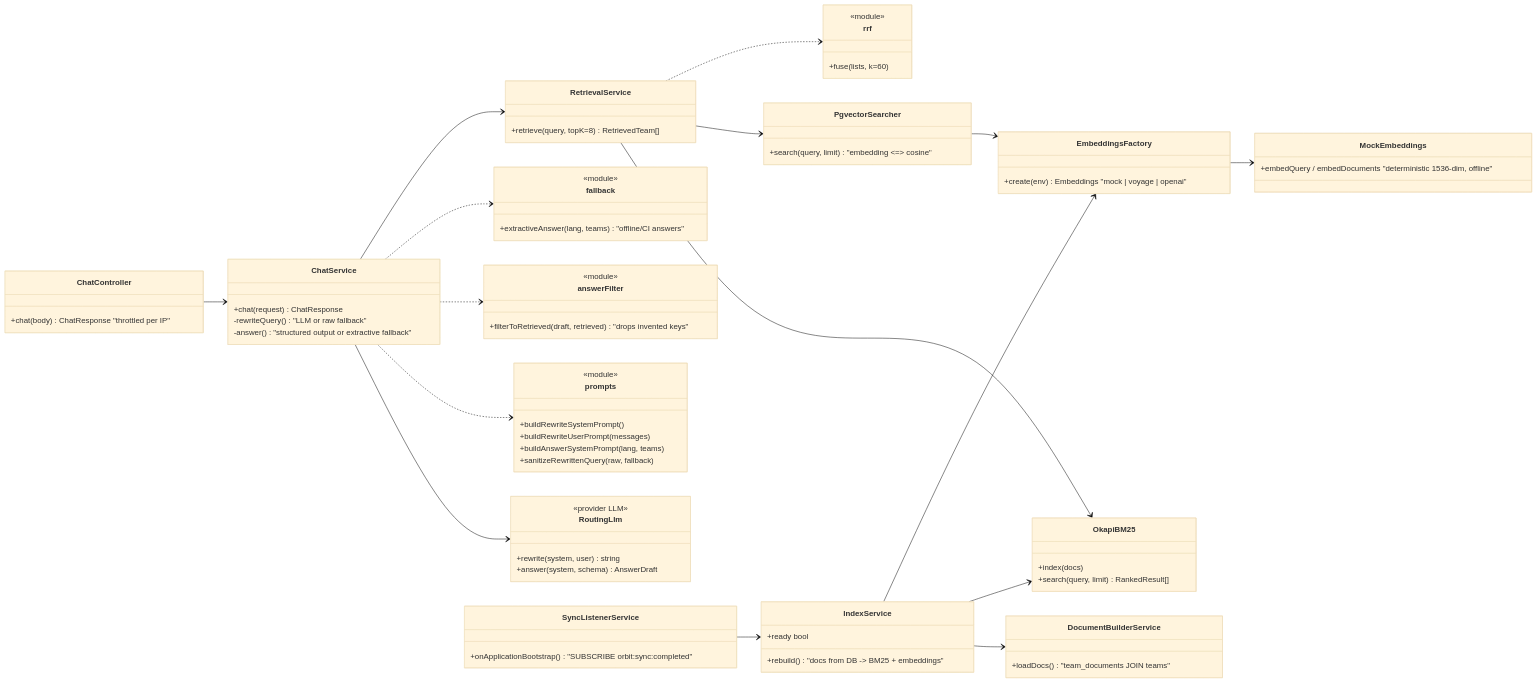
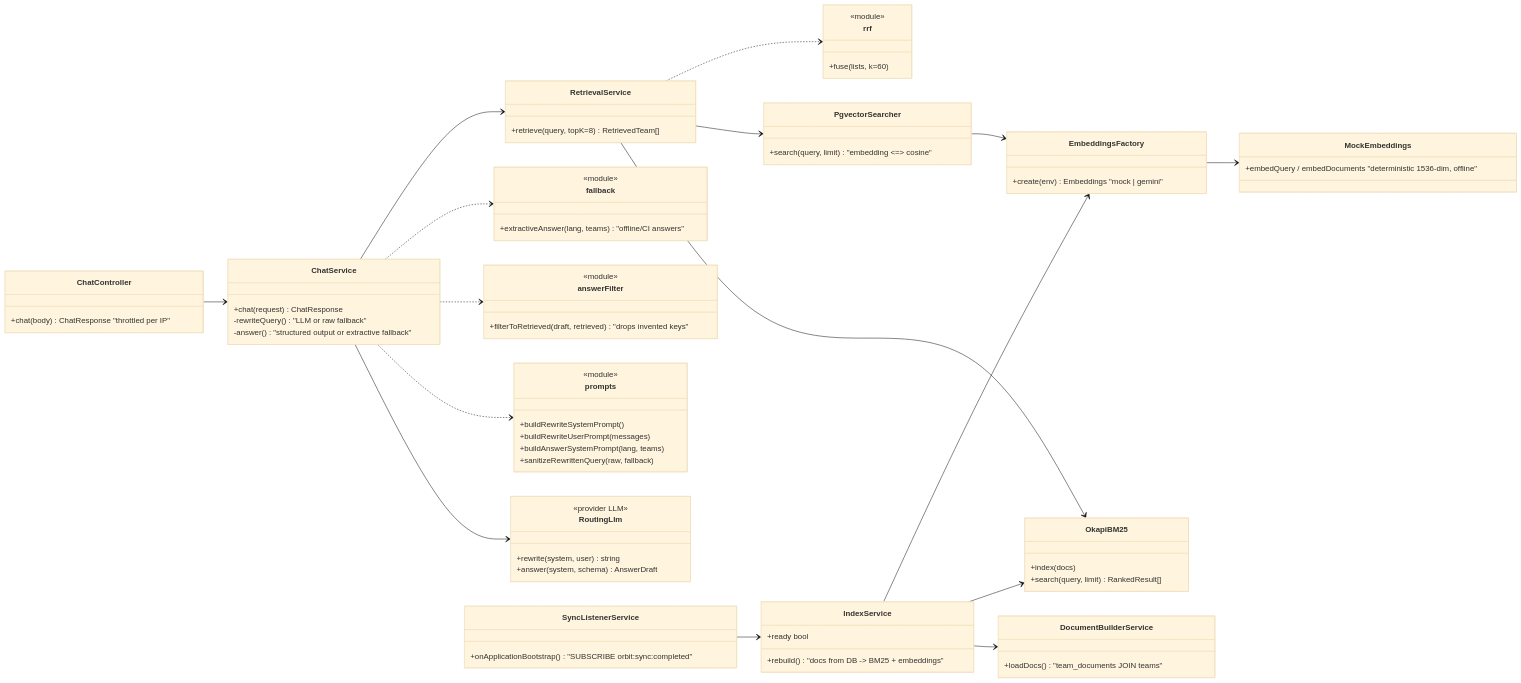
One commit to mamadfar/team-hierarchy__fullstack-microservice changed the diagram in .doc/architecture/assistant-classes.md. Above: the diagram before and after it, drawn with Mermaid (base theme). The commit also changed 71 other files, not shown here.

````diff
--- a/.doc/architecture/assistant-classes.md
+++ b/.doc/architecture/assistant-classes.md
@@ -3,80 +3,80 @@
 ```mermaid
 classDiagram
     direction LR
 
     class ChatController {
         +chat(body) ChatResponse "throttled per IP"
     }
     class ChatService {
         +chat(request) ChatResponse
         -rewriteQuery() "LLM or raw fallback"
         -answer() "structured output or extractive fallback"
     }
     class RoutingLlm {
         <<provider LLM>>
         +rewrite(system, user) string
         +answer(system, schema) AnswerDraft
     }
     class prompts {
         <<module>>
         +buildRewriteSystemPrompt()
         +buildRewriteUserPrompt(messages)
         +buildAnswerSystemPrompt(lang, teams)
         +sanitizeRewrittenQuery(raw, fallback)
     }
     class answerFilter {
         <<module>>
         +filterToRetrieved(draft, retrieved) "drops invented keys"
     }
     class fallback {
         <<module>>
         +extractiveAnswer(lang, teams) "offline/CI answers"
     }
 
     class RetrievalService {
         +retrieve(query, topK=8) RetrievedTeam[]
     }
     class IndexService {
         +rebuild() "docs from DB -> BM25 + embeddings"
         +ready bool
     }
     class DocumentBuilderService {
         +loadDocs() "team_documents JOIN teams"
     }
     class OkapiBM25 {
         +index(docs)
         +search(query, limit) RankedResult[]
     }
     class rrf {
         <<module>>
         +fuse(lists, k=60)
     }
     class PgvectorSearcher {
         +search(query, limit) "embedding <=> cosine"
     }
     class EmbeddingsFactory {
-        +create(env) Embeddings "mock | voyage | openai"
+        +create(env) Embeddings "mock | gemini"
     }
     class MockEmbeddings {
         +embedQuery / embedDocuments "deterministic 1536-dim, offline"
     }
     class SyncListenerService {
         +onApplicationBootstrap() "SUBSCRIBE orbit:sync:completed"
     }
 
     ChatController --> ChatService
     ChatService --> RoutingLlm
     ChatService ..> prompts
     ChatService ..> answerFilter
     ChatService ..> fallback
     ChatService --> RetrievalService
     RetrievalService --> OkapiBM25
     RetrievalService --> PgvectorSearcher
     RetrievalService ..> rrf
     IndexService --> DocumentBuilderService
     IndexService --> OkapiBM25
     IndexService --> EmbeddingsFactory
     EmbeddingsFactory --> MockEmbeddings
     SyncListenerService --> IndexService
     PgvectorSearcher --> EmbeddingsFactory
 ```
````
